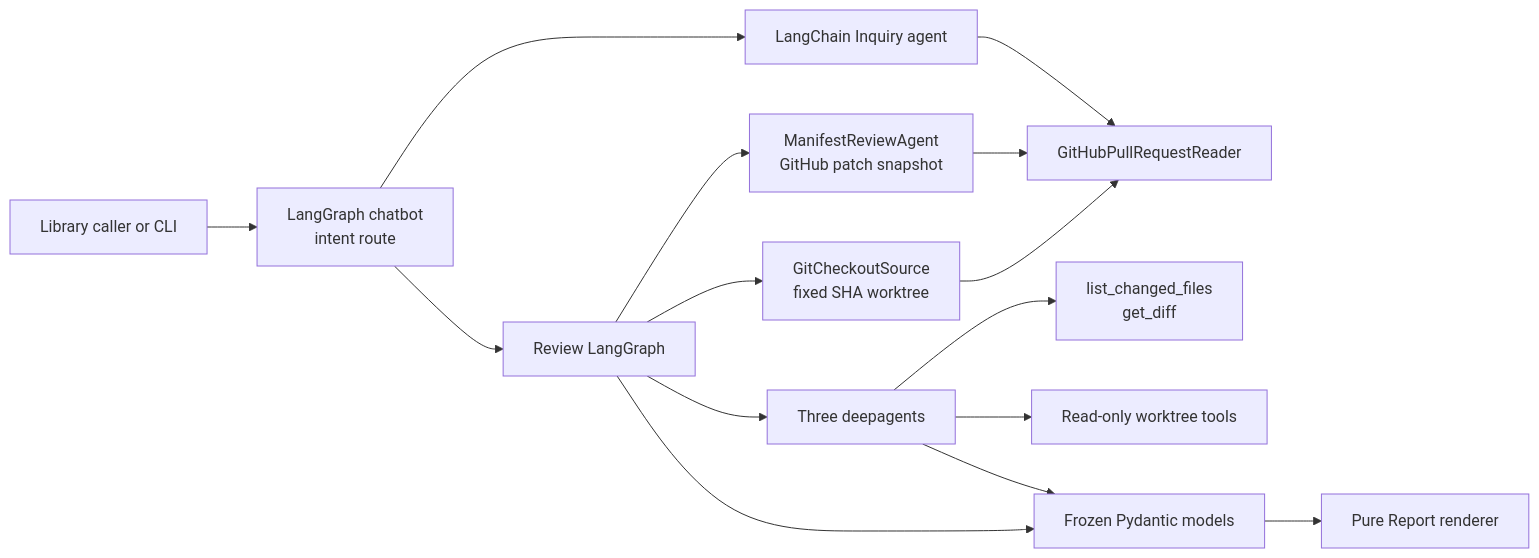
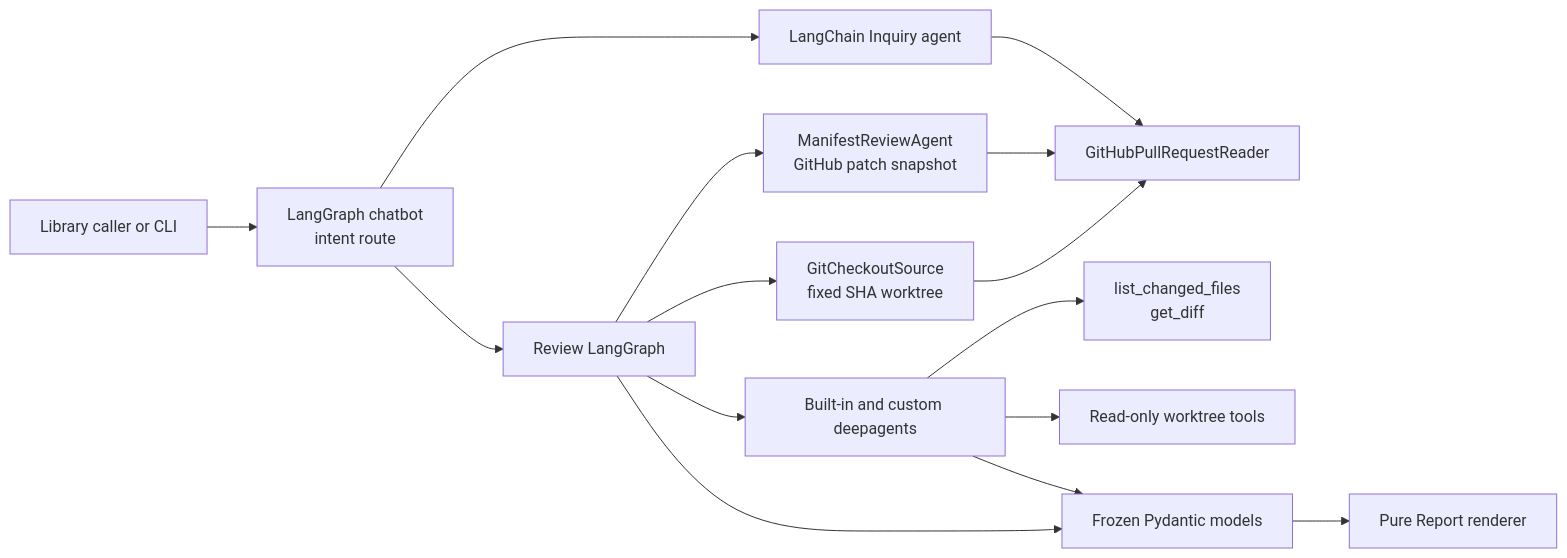
One commit to taipingeric/review_sheep changed the first of 4 diagrams in ARCHITECTURE.md. Above: the diagram before and after it, drawn with Mermaid. The commit also changed other lines of this file and 7 other files, not shown here.

Commit message:
feat: run custom lenses in manifest review

````diff
--- a/ARCHITECTURE.md
+++ b/ARCHITECTURE.md
@@ -17,30 +18,30 @@
 ```mermaid
 flowchart LR
     Caller[Library caller or CLI]
     Chat[LangGraph chatbot<br/>intent route]
     Inquiry[LangChain Inquiry agent]
     GitHub[GitHubPullRequestReader]
     Review[Review LangGraph]
     Manifest[ManifestReviewAgent<br/>GitHub patch snapshot]
     Checkout[GitCheckoutSource<br/>fixed SHA worktree]
-    Lenses[Three deepagents]
+    Lenses[Built-in and custom deepagents]
     GitTools[list_changed_files<br/>get_diff]
     Files[Read-only worktree tools]
     Models[Frozen Pydantic models]
     Report[Pure Report renderer]
 
     Caller --> Chat
     Chat --> Inquiry
     Chat --> Review
     Inquiry --> GitHub
     Review --> Manifest
     Review --> Checkout
     Manifest --> GitHub
     Checkout --> GitHub
     Review --> Lenses
     Lenses --> GitTools
     Lenses --> Files
     Lenses --> Models
     Review --> Models
     Models --> Report
 ```
````
